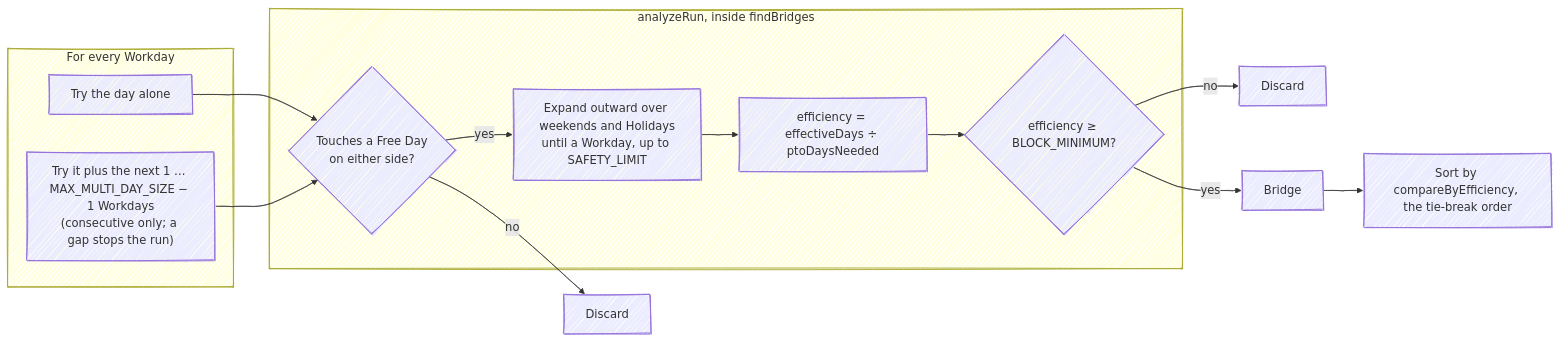
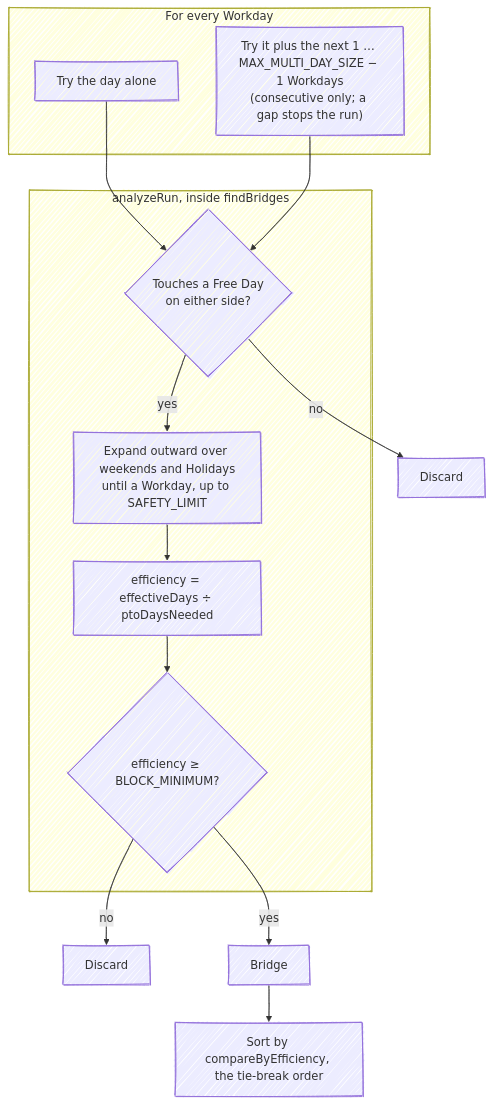
One commit to fbuireu/forever-pto changed the second of 4 diagrams in apps/docs/src/content/docs/how-it-works/planning-algorithm.mdx. Above: the diagram before and after it, drawn with Mermaid. The commit also changed other lines of this file and 16 other files, not shown here.

First line of the commit message:
docs(docs): fix how-it-works drift and rework the diagrams to read at column width

````diff
--- a/apps/docs/src/content/docs/how-it-works/planning-algorithm.mdx
+++ b/apps/docs/src/content/docs/how-it-works/planning-algorithm.mdx
@@ -57,25 +57,25 @@
 ```mermaid
 ---
 config:
   look: handDrawn
   layout: dagre
 ---
-flowchart LR
+flowchart TB
   subgraph gen [For every Workday]
     S1[Try the day alone]
     S2["Try it plus the next 1 … MAX_MULTI_DAY_SIZE − 1 Workdays<br/>(consecutive only; a gap stops the run)"]
   end
   subgraph analyze [analyzeRun, inside findBridges]
     ADJ{Touches a Free Day<br/>on either side?}
     EXP[Expand outward over weekends and Holidays<br/>until a Workday, up to SAFETY_LIMIT]
     EFF[efficiency = effectiveDays ÷ ptoDaysNeeded]
     MIN{efficiency ≥ BLOCK_MINIMUM?}
   end
   S1 --> ADJ
   S2 --> ADJ
   ADJ -- no --> DROP1[Discard]
   ADJ -- yes --> EXP --> EFF --> MIN
   MIN -- no --> DROP2[Discard]
   MIN -- yes --> KEEP[Bridge]
   KEEP --> SORT[Sort by compareByEfficiency, the tie-break order]
 ```
````
